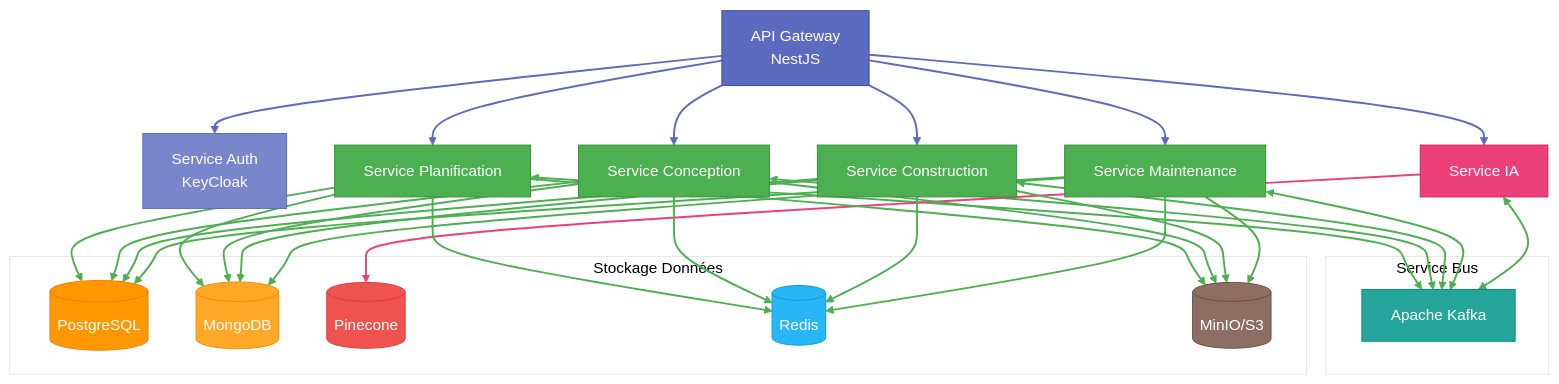
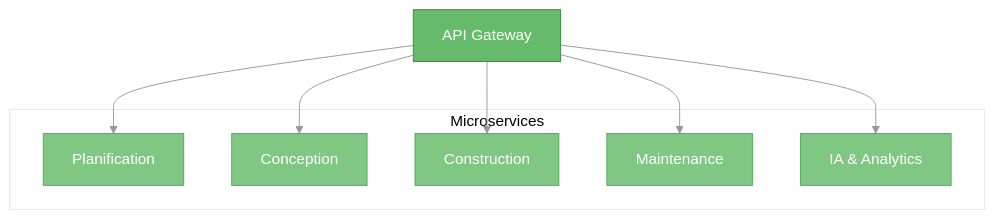
The third of 11 diagrams in project/4_technical_architecture/STACK_TECHNIQUE.md (MacroMan5/project_a3e_beta), drawn with Mermaid before and after one commit. The commit also changed other lines of this file and 23 other files, not shown here.

````diff
--- a/project/4_technical_architecture/STACK_TECHNIQUE.md
+++ b/project/4_technical_architecture/STACK_TECHNIQUE.md
@@ -236,84 +119,25 @@
 ```mermaid
 %%{init: {'theme': 'base', 'themeVariables': { 'primaryColor': '#f5f5f5', 'lineColor': '#999'}}}%%
 graph TD
-    classDef api fill:#5C6BC0,stroke:#3949AB,color:white
-    classDef auth fill:#7986CB,stroke:#5C6BC0,color:white
-    classDef service fill:#4CAF50,stroke:#388E3C,color:white
-    classDef ai fill:#EC407A,stroke:#D81B60,color:white
-    classDef bus fill:#26A69A,stroke:#00897B,color:white
-    classDef db fill:#FF9800,stroke:#F57C00,color:white
-    classDef mongo fill:#FFA726,stroke:#FB8C00,color:white
-    classDef vector fill:#EF5350,stroke:#E53935,color:white
-    classDef redis fill:#29B6F6,stroke:#039BE5,color:white
-    classDef object fill:#8D6E63,stroke:#6D4C41,color:white
-
-    API[API Gateway<br/>NestJS] --> Auth[Service Auth<br/>KeyCloak]
+    classDef api fill:#66BB6A,stroke:#388E3C,color:white
+    classDef ms fill:#81C784,stroke:#4CAF50,color:white
+    classDef db fill:#FFB74D,stroke:#F57C00,color:white
     
-    API --> P[Service Planification]
-    API --> C[Service Conception]
-    API --> B[Service Construction]
-    API --> M[Service Maintenance]
-    API --> AI[Service IA]
+    API[API Gateway] --> MS1
+    API --> MS2
+    API --> MS3
+    API --> MS4
+    API --> IA
     
-    subgraph "Service Bus"
-        Kafka[Apache Kafka]
+    subgraph "Microservices"
+        MS1[Planification]
+        MS2[Conception]
+        MS3[Construction]
+        MS4[Maintenance]
+        IA[IA & Analytics]
     end
-    
-    P <--> Kafka
-    C <--> Kafka
-    B <--> Kafka
-    M <--> Kafka
-    AI <--> Kafka
-    
-    subgraph "Stockage Données"
-        Postgres[(PostgreSQL)]
-        Mongo[(MongoDB)]
-        VectorDB[(Pinecone)]
-        RedisDB[(Redis)]
-        ObjectStore[(MinIO/S3)]
-    end
-    
-    P --> Postgres
-    C --> Postgres
-    B --> Postgres
-    M --> Postgres
-    
-    P --> Mongo
-    C --> Mongo
-    B --> Mongo
-    M --> Mongo
-    
-    AI --> VectorDB
-    
-    P --> RedisDB
-    C --> RedisDB
-    B --> RedisDB
-    M --> RedisDB
-    
-    P --> ObjectStore
-    C --> ObjectStore
-    B --> ObjectStore
-    M --> ObjectStore
     
     %% Apply classes
     class API api
-    class Auth auth
-    class P,C,B,M service
-    class AI ai
-    class Kafka bus
-    class Postgres db
-    class Mongo mongo
-    class VectorDB vector
-    class RedisDB redis
-    class ObjectStore object
-    
-    %% Link styling
-    linkStyle 0 stroke:#5C6BC0,stroke-width:2px
-    linkStyle 1,2,3,4,5 stroke:#5C6BC0,stroke-width:2px
-    linkStyle 6,7,8,9,10 stroke:#4CAF50,stroke-width:2px
-    linkStyle 11,12,13,14 stroke:#4CAF50,stroke-width:2px
-    linkStyle 15,16,17,18 stroke:#4CAF50,stroke-width:2px
-    linkStyle 19 stroke:#EC407A,stroke-width:2px
-    linkStyle 20,21,22,23 stroke:#4CAF50,stroke-width:2px
-    linkStyle 24,25,26,27 stroke:#4CAF50,stroke-width:2px
+    class MS1,MS2,MS3,MS4,IA ms
 ```
````
